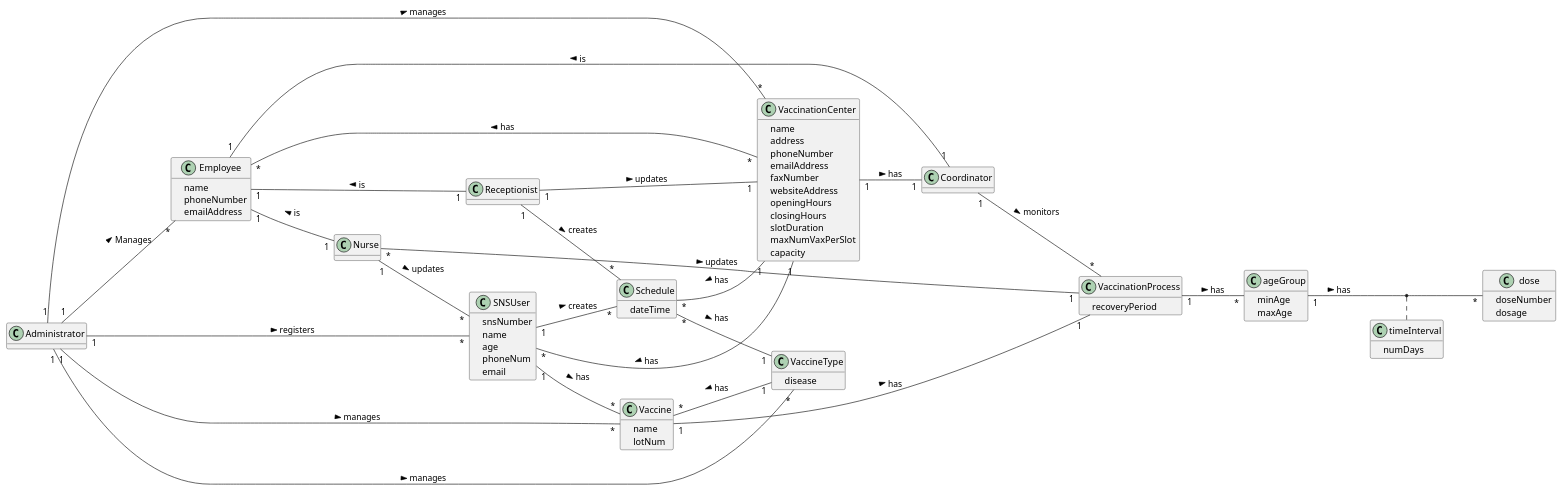
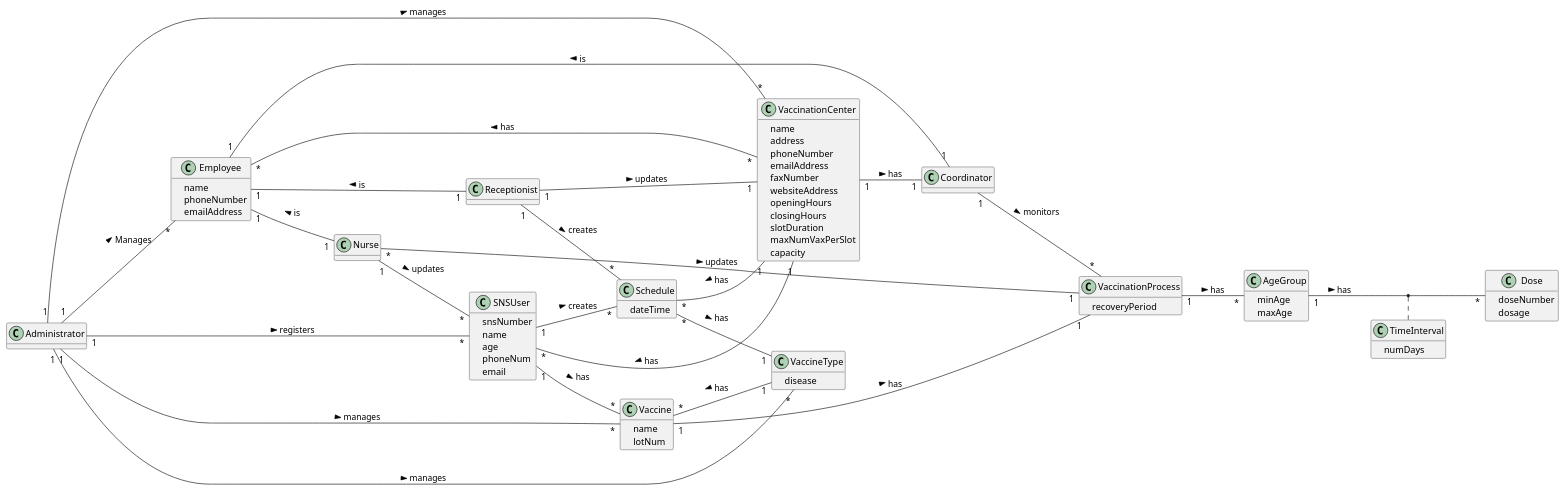
Before and after one commit to Norton1337/LAPR2_2122: the diagram in docs/SprintA/DM.puml, drawn with PlantUML. The commit also changed 2 other files, not shown here.

```diff
--- a/docs/SprintA/DM.puml
+++ b/docs/SprintA/DM.puml
@@ -1,127 +1,127 @@
 @startuml
 hide methods
 left to right direction
 skinparam classAttributeIconSize 3
 
 
 
 
 class Coordinator{
 
 }
 
 class Nurse {
 
 
 }
 
 class Receptionist{
 
 }
 
 class Administrator{
 
 }
 
 
 class Employee{
     -name
     -phoneNumber
     -emailAddress
 }
 
 class VaccinationCenter {
     -name
     -address
     -phoneNumber
     -emailAddress
     -faxNumber
     -websiteAddress
     -openingHours
     -closingHours
     -slotDuration
     -maxNumVaxPerSlot
     -capacity
 
 }
 
 class Schedule{
     -dateTime
 }
 
 class SNSUser {
     -snsNumber
     -name
     -age
     -phoneNum
     -email
 }
 
 class VaccineType{
     -disease
 
 }
 
 class Vaccine{
     -name
     -lotNum
 }
 
 
 class VaccinationProcess{
     -recoveryPeriod
 }
 
-class ageGroup{
+class AgeGroup{
     -minAge
     -maxAge
 }
-class dose{
+class Dose{
     -doseNumber
     -dosage
 }
 
-class timeInterval{
+class TimeInterval{
     -numDays
 }
 
 Employee "1" -- "1" Nurse: is <
 Employee "1" -- "1" Receptionist: is <
 Employee "1" -- "1" Coordinator: is <
 Administrator "1" -- "*" Employee: Manages >
 
 Employee "*" -- "*" VaccinationCenter: has <
 
 Nurse "*" -- "1" VaccinationProcess: updates >
 Nurse "1" -- "*" SNSUser: updates >
 
 Receptionist "1" -- "1" VaccinationCenter: updates >
 
 Vaccine "1" -- "1" VaccinationProcess: has >
 Vaccine "*" -- "1" VaccineType: has <
-VaccinationProcess "1" -- "*" ageGroup: has >
-ageGroup "1" -- "*" dose: has >
-(ageGroup, dose) .. timeInterval
+VaccinationProcess "1" -- "*" AgeGroup: has >
+AgeGroup "1" -- "*" Dose: has >
+(AgeGroup, Dose) .. TimeInterval
 
 
 VaccinationCenter "1" -- "*" SNSUser: has >
 VaccinationCenter "1" -- "1" Coordinator: has >
 
 Coordinator "1" -- "*" VaccinationProcess: monitors >
 
 Receptionist "1" -- "*" Schedule: creates >
 
 
 Schedule "*" -- "1" VaccinationCenter: has <
 Schedule "*" -- "1" VaccineType: has >
 
 SNSUser "1" -- "*" Schedule: creates >
 SNSUser "1" -- "*" Vaccine: has >
 
 Administrator "1" -- "*" VaccinationCenter: manages >
 Administrator "1" -- "*" SNSUser: registers >
 Administrator "1" -- "*" Vaccine: manages >
 Administrator "1" -- "*" VaccineType: manages >
 
 
 @enduml
```
